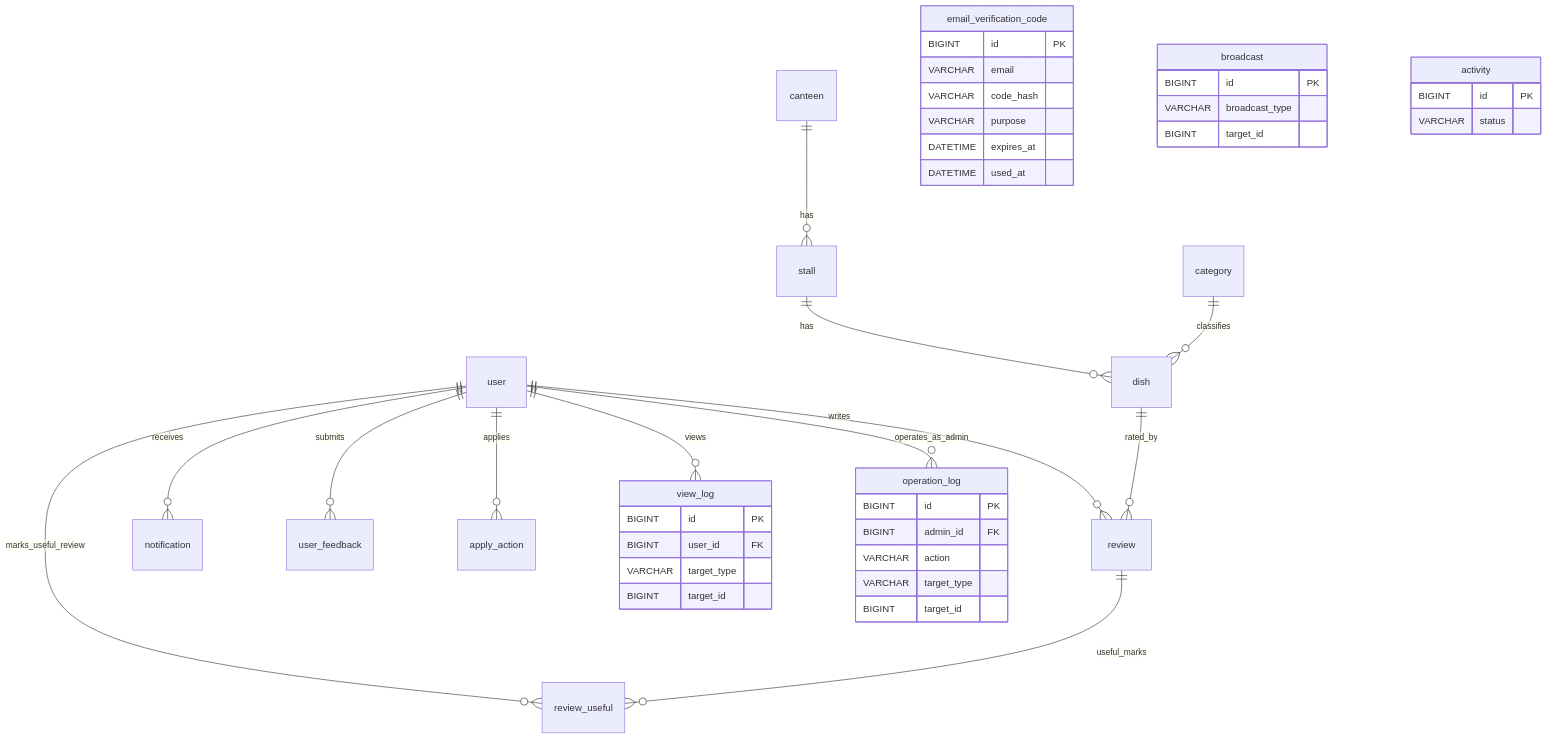
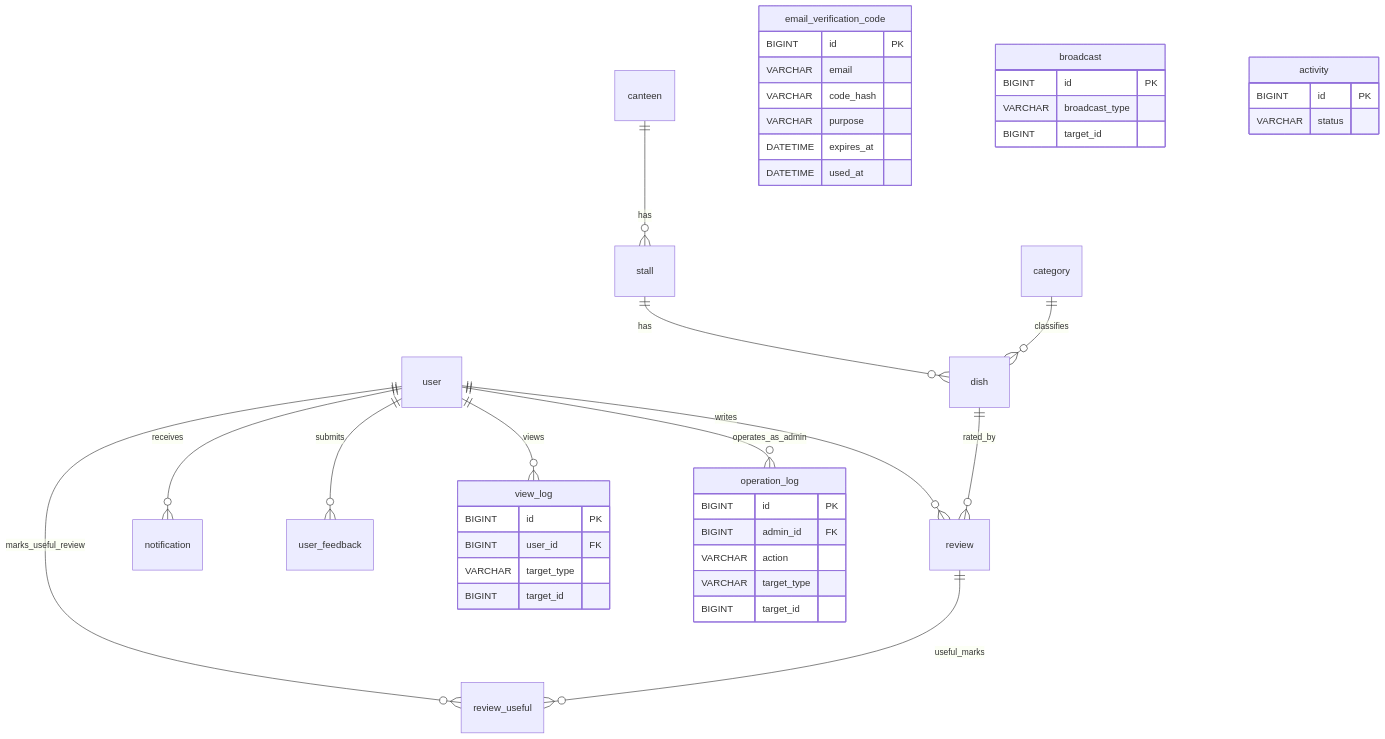
Before and after one commit to jolly326/bjtu_food: the diagram in docs/database.md, drawn with Mermaid. The commit also changed other lines of this file and 148 other files, not shown here.

````diff
--- a/docs/database.md
+++ b/docs/database.md
@@ -292,47 +276,46 @@
 ```mermaid
 erDiagram
     user ||--o{ review : "writes"
     user ||--o{ notification : "receives"
     user ||--o{ user_feedback : "submits"
-    user ||--o{ apply_action : "applies"
     user ||--o{ view_log : "views"
     user ||--o{ operation_log : "operates_as_admin"
     user ||--o{ review_useful : "marks_useful_review"
 
     canteen ||--o{ stall : "has"
     stall ||--o{ dish : "has"
     category ||--o{ dish : "classifies"
     dish ||--o{ review : "rated_by"
     review ||--o{ review_useful : "useful_marks"
 
     email_verification_code {
         BIGINT id PK
         VARCHAR email
         VARCHAR code_hash
         VARCHAR purpose
         DATETIME expires_at
         DATETIME used_at
     }
     view_log {
         BIGINT id PK
         BIGINT user_id FK
         VARCHAR target_type
         BIGINT target_id
     }
     operation_log {
         BIGINT id PK
         BIGINT admin_id FK
         VARCHAR action
         VARCHAR target_type
         BIGINT target_id
     }
     broadcast {
         BIGINT id PK
         VARCHAR broadcast_type
         BIGINT target_id
     }
     activity {
         BIGINT id PK
         VARCHAR status
     }
 ```
````
